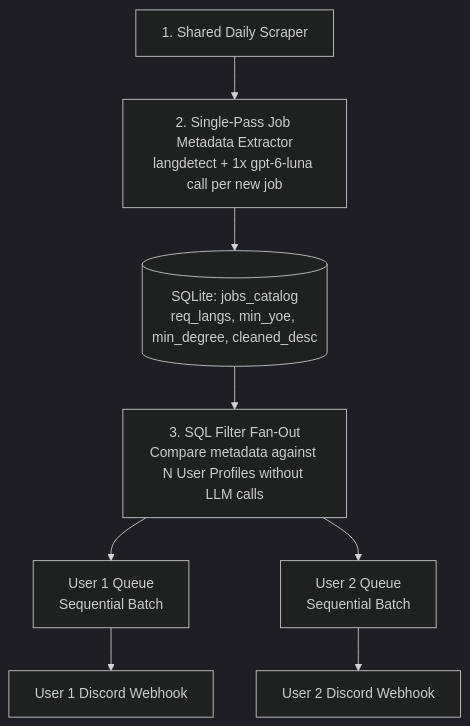
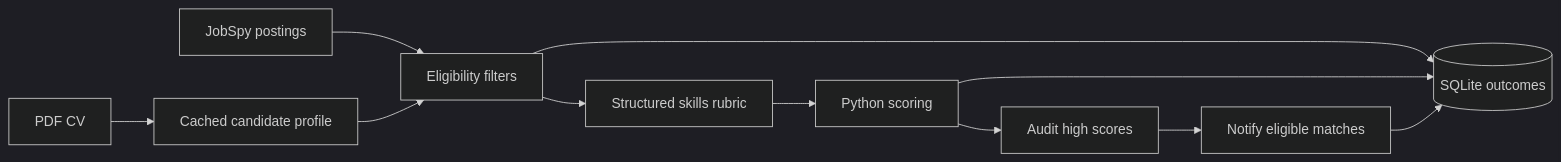
One commit to ducchuu/agent-jobfetching changed the diagram in README.md. Above: the diagram before and after it, drawn with Mermaid (dark theme). The commit also changed other lines of this file and 26 other files, not shown here.

````diff
--- a/README.md
+++ b/README.md
@@ -284,13 +23,13 @@
 ```mermaid
-flowchart TD
-    S[1. Shared Daily Scraper] --> E[2. Single-Pass Job Metadata Extractor<br/>langdetect + 1x gpt-6-luna call per new job]
-    E --> DB[(SQLite: jobs_catalog<br/>req_langs, min_yoe, min_degree, cleaned_desc)]
-    
-    DB --> F[3. SQL Filter Fan-Out<br/>Compare metadata against N User Profiles without LLM calls]
-    
-    F --> U1[User 1 Queue<br/>Sequential Batch]
-    F --> U2[User 2 Queue<br/>Sequential Batch]
-    
-    U1 --> D1[User 1 Discord Webhook]
-    U2 --> D2[User 2 Discord Webhook]
+flowchart LR
+    CV[PDF CV] --> P[Cached candidate profile]
+    J[JobSpy postings] --> F[Eligibility filters]
+    P --> F
+    F --> R[Structured skills rubric]
+    R --> S[Python scoring]
+    S --> A[Audit high scores]
+    A --> N[Notify eligible matches]
+    F --> DB[(SQLite outcomes)]
+    S --> DB
+    N --> DB
 ```
````
